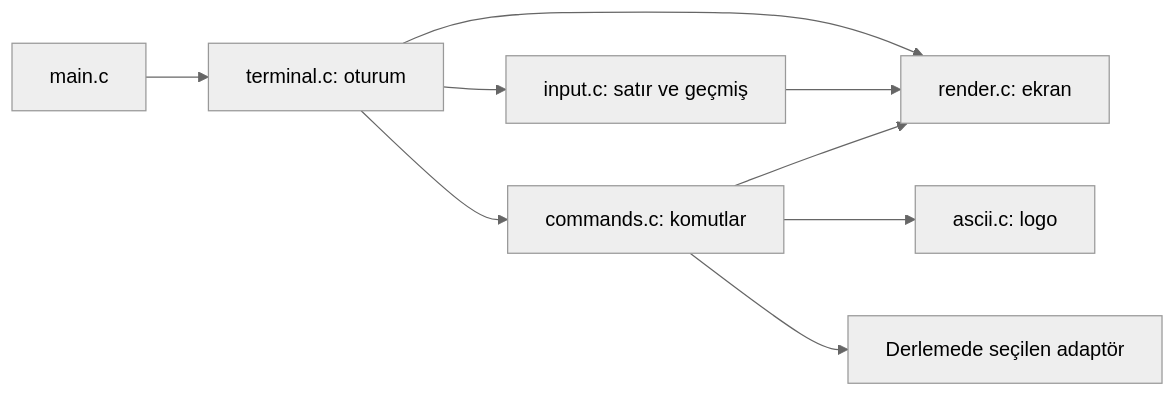
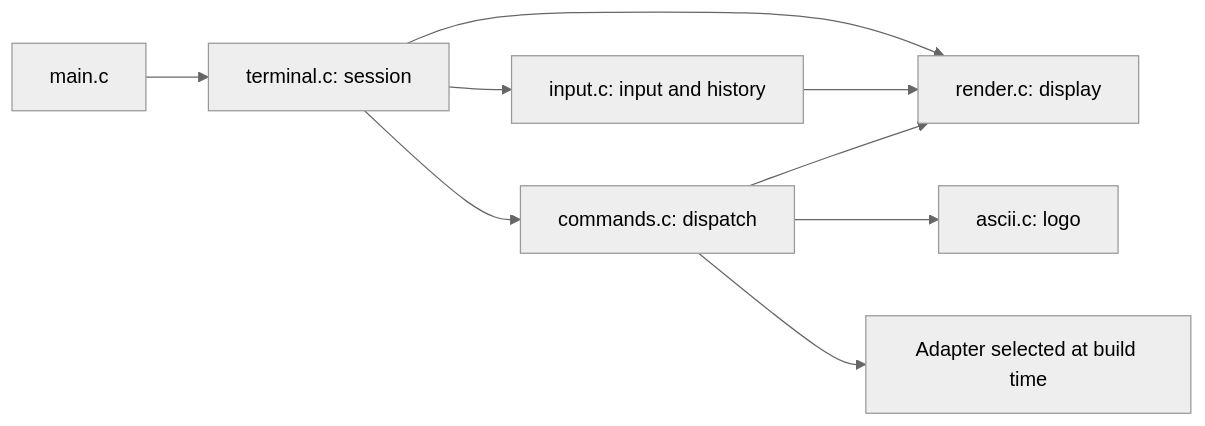
Before and after one commit to thekiran/nero: the diagram in docs/code-map.md, drawn with Mermaid (neutral theme). The commit also changed other lines of this file and 19 other files, not shown here.

````diff
--- a/docs/code-map.md
+++ b/docs/code-map.md
@@ -36,11 +36,11 @@
 ```mermaid
 flowchart LR
-    Main[main.c] --> Session[terminal.c: oturum]
-    Session --> Input[input.c: satır ve geçmiş]
-    Session --> Commands[commands.c: komutlar]
-    Session --> Render[render.c: ekran]
+    Main[main.c] --> Session[terminal.c: session]
+    Session --> Input[input.c: input and history]
+    Session --> Commands[commands.c: dispatch]
+    Session --> Render[render.c: display]
     Input --> Render
     Commands --> Render
     Commands --> ASCII[ascii.c: logo]
-    Commands --> Adapter[Derlemede seçilen adaptör]
+    Commands --> Adapter[Adapter selected at build time]
 ```
````
